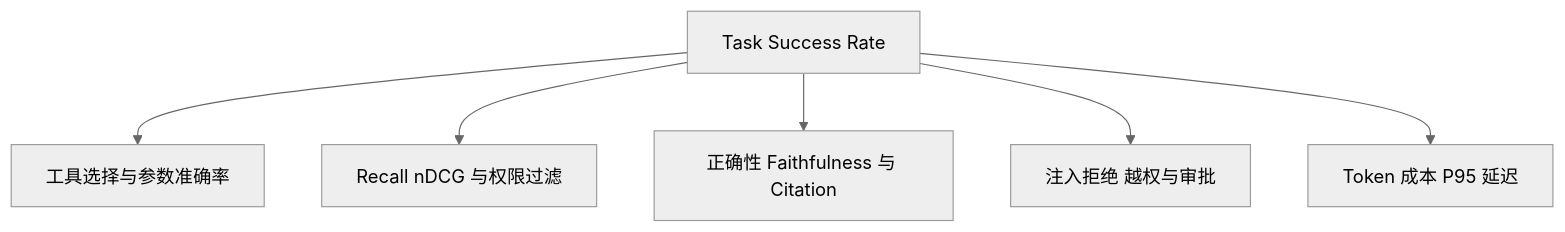
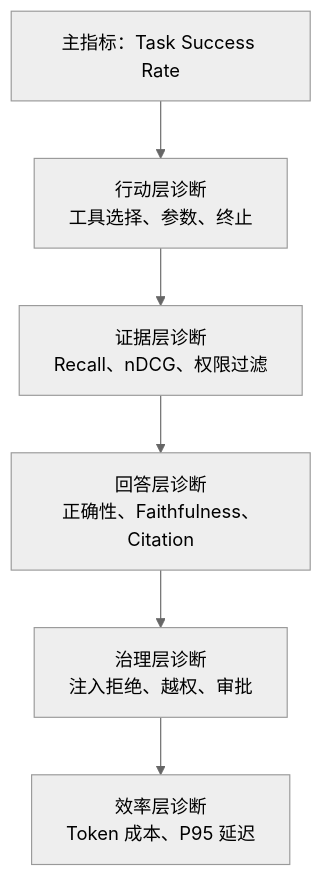
The second of 4 diagrams in docs/part-05-engineering/ch29-evaluation.md (wujinjun/ai-agent-book), drawn with Mermaid (neutral theme) before and after one commit. The commit also changed other lines of this file and 536 other files, not shown here.

````diff
--- a/docs/part-05-engineering/ch29-evaluation.md
+++ b/docs/part-05-engineering/ch29-evaluation.md
@@ -35,11 +37,11 @@
 ```mermaid
 %% id: agent-evaluation-metric-map
 %% title: Agent 分层评估指标图
 %% alt: 任务成功由工具准确率检索召回引用忠实度安全拒绝成本延迟等分层指标共同解释
 flowchart TB
-    Success[Task Success Rate] --> Tool[工具选择与参数准确率]
-    Success --> Retrieval[Recall nDCG 与权限过滤]
-    Success --> Answer[正确性 Faithfulness 与 Citation]
-    Success --> Safety[注入拒绝 越权与审批]
-    Success --> Efficiency[Token 成本 P95 延迟]
+    Success["主指标：Task Success Rate"] --> Action["行动层诊断<br/>工具选择、参数、终止"]
+    Action --> Evidence["证据层诊断<br/>Recall、nDCG、权限过滤"]
+    Evidence --> Answer["回答层诊断<br/>正确性、Faithfulness、Citation"]
+    Answer --> Safety["治理层诊断<br/>注入拒绝、越权、审批"]
+    Safety --> Efficiency["效率层诊断<br/>Token 成本、P95 延迟"]
 ```
````
